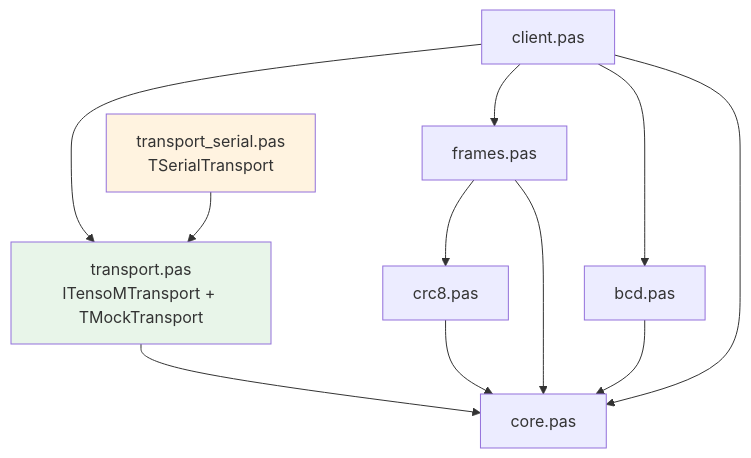
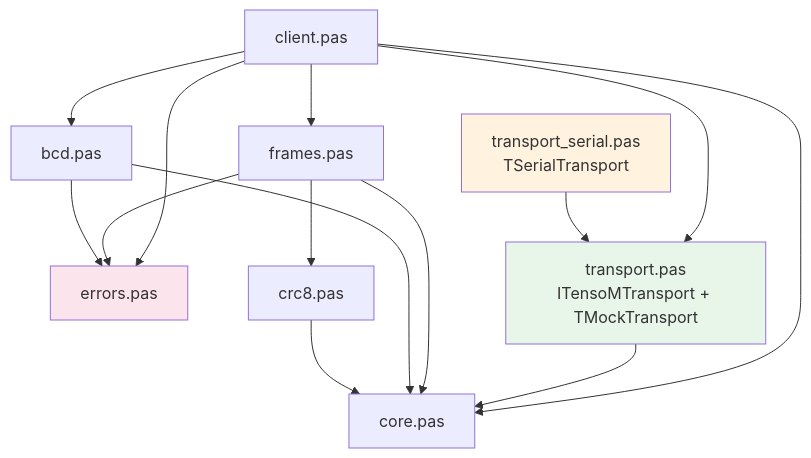
Before and after one commit to Al-Muhandis/TensoMLib: the diagram in README.md, drawn with Mermaid. The commit also changed other lines of this file, not shown here.

````diff
--- a/README.md
+++ b/README.md
@@ -32,24 +72,30 @@
 ```mermaid
 graph TD
     core["core.pas"]
+    errors["errors.pas"]
     crc8["crc8.pas"]
     bcd["bcd.pas"]
     frames["frames.pas"]
     transport["transport.pas<br/>ITensoMTransport + TMockTransport"]
     transport_serial["transport_serial.pas<br/>TSerialTransport"]
     client["client.pas"]
 
     crc8 --> core
+    errors
     bcd --> core
+    bcd --> errors
     frames --> core
     frames --> crc8
+    frames --> errors
     transport --> core
     transport_serial --> transport
     client --> core
     client --> bcd
     client --> frames
     client --> transport
+    client --> errors
 
     style transport fill:#e8f5e9
     style transport_serial fill:#fff3e0
+    style errors fill:#fce4ec
 ```
````
